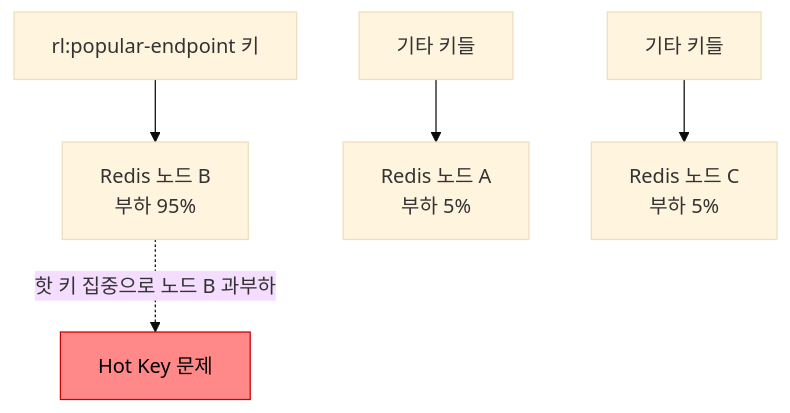
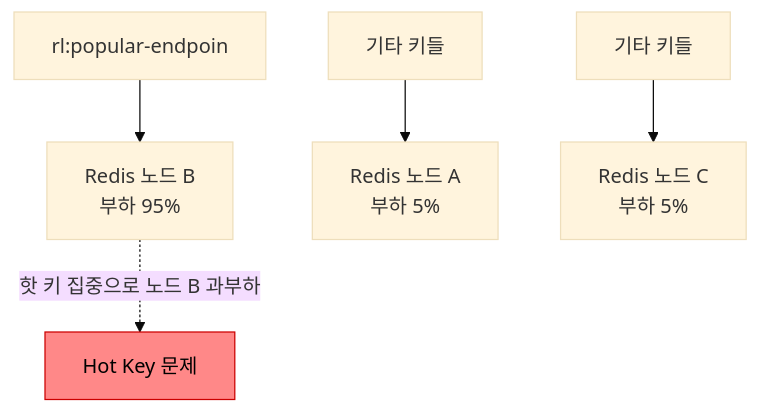
Before and after one commit to yjkim2015/yjkim2015.github.io: diagram 11 of 13 in _posts/spring/2026-05-01-rate-limiting.md, drawn with Mermaid (base theme). The commit also changed other lines of this file and 271 other files, not shown here.

First line of the commit message:
Mermaid 라벨 축소: 긴 노드 텍스트 18자 이하로 트림 + \n 제거

````diff
--- a/_posts/spring/2026-05-01-rate-limiting.md
+++ b/_posts/spring/2026-05-01-rate-limiting.md
@@ -912,8 +912,8 @@
 ```mermaid
 graph TD
-    K["rl:popular-endpoint 키"] --> NB["Redis 노드 B\n부하 95%"]
+    K["rl:popular-endpoin"] --> NB["Redis 노드 B\n부하 95%"]
     X1["기타 키들"] --> NA["Redis 노드 A\n부하 5%"]
     X2["기타 키들"] --> NC["Redis 노드 C\n부하 5%"]
     NB -.->|"핫 키 집중으로 노드 B 과부하"| WARN["Hot Key 문제"]
     style WARN fill:#f88,stroke:#c00,color:#000
 ```
````
